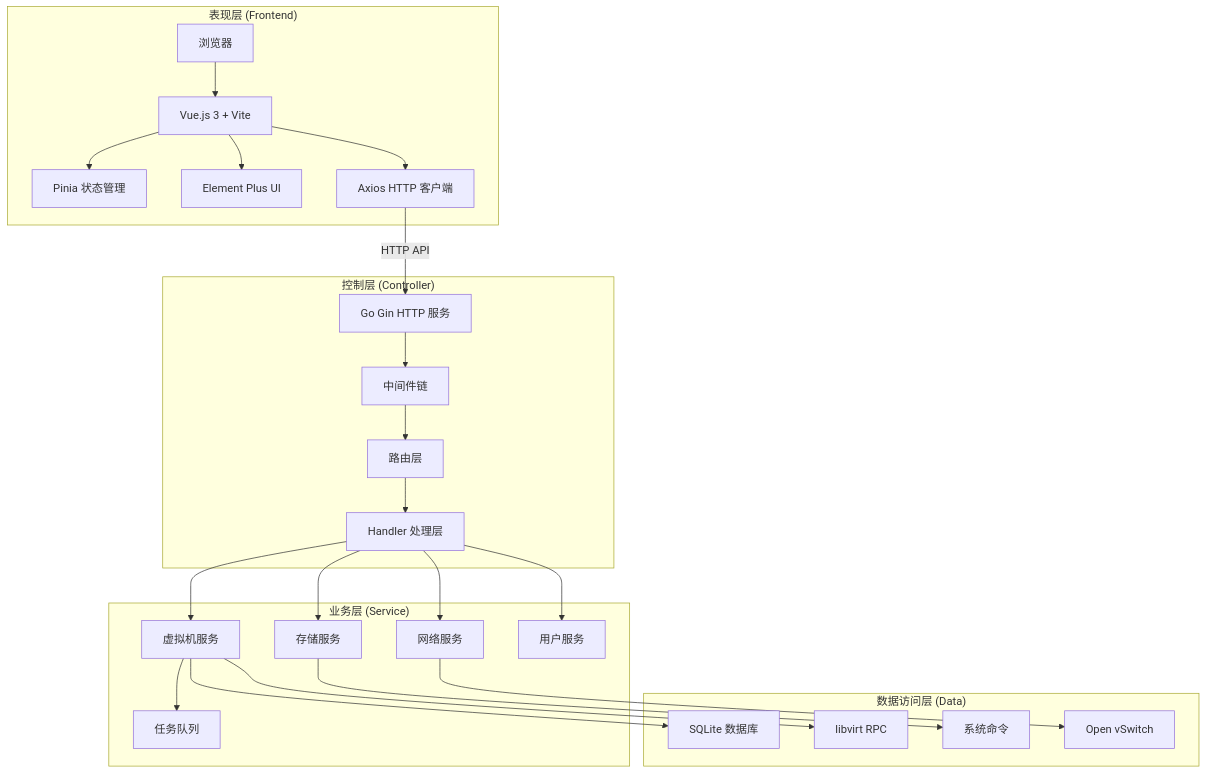
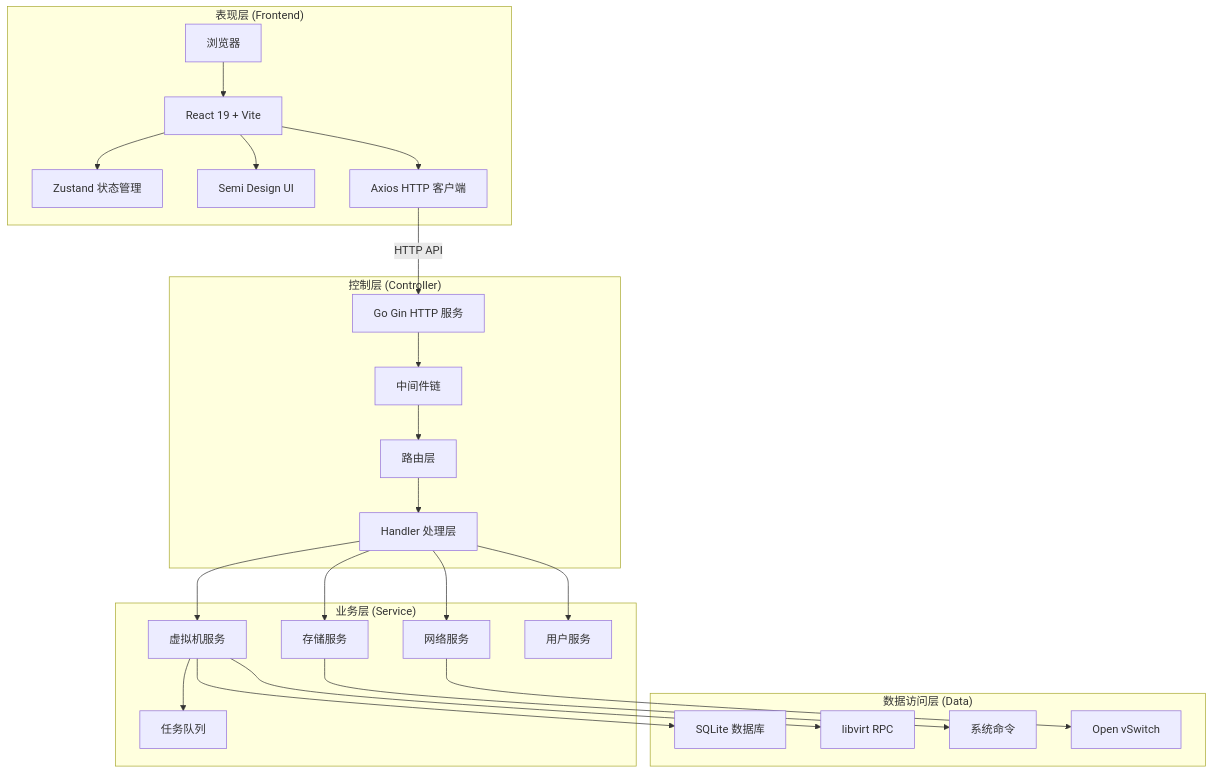
The first of 18 diagrams in docs/feature-analysis/qvmconsole-architecture.mdx (QVMConsole/docs), drawn with Mermaid before and after one commit. The commit also changed other lines of this file and 37 other files, not shown here.

````diff
--- a/docs/feature-analysis/qvmconsole-architecture.mdx
+++ b/docs/feature-analysis/qvmconsole-architecture.mdx
@@ -15,50 +15,50 @@
 ```mermaid
 graph TB
     subgraph 表现层["表现层 (Frontend)"]
         Browser[浏览器]
-        Vue[Vue.js 3 + Vite]
-        Pinia[Pinia 状态管理]
-        ElementPlus[Element Plus UI]
+        React[React 19 + Vite]
+        Zustand[Zustand 状态管理]
+        SemiDesign[Semi Design UI]
         Axios[Axios HTTP 客户端]
     end
 
     subgraph 控制层["控制层 (Controller)"]
         Gin[Go Gin HTTP 服务]
         Middleware[中间件链]
         Router[路由层]
         Handler[Handler 处理层]
     end
 
     subgraph 业务层["业务层 (Service)"]
         VMService[虚拟机服务]
         NetworkService[网络服务]
         StorageService[存储服务]
         UserService[用户服务]
         TaskQueue[任务队列]
     end
 
     subgraph 数据层["数据访问层 (Data)"]
         SQLite[SQLite 数据库]
         Libvirt[libvirt RPC]
         System[系统命令]
         OVS[Open vSwitch]
     end
 
-    Browser --> Vue
-    Vue --> Pinia
-    Vue --> ElementPlus
-    Vue --> Axios
+    Browser --> React
+    React --> Zustand
+    React --> SemiDesign
+    React --> Axios
     Axios -->|HTTP API| Gin
     Gin --> Middleware
     Middleware --> Router
     Router --> Handler
     Handler --> VMService
     Handler --> NetworkService
     Handler --> StorageService
     Handler --> UserService
     VMService --> TaskQueue
     VMService --> SQLite
     VMService --> Libvirt
     NetworkService --> OVS
     StorageService --> System
 ```
````
